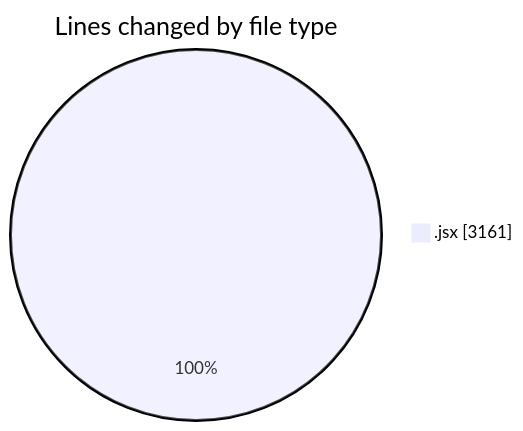
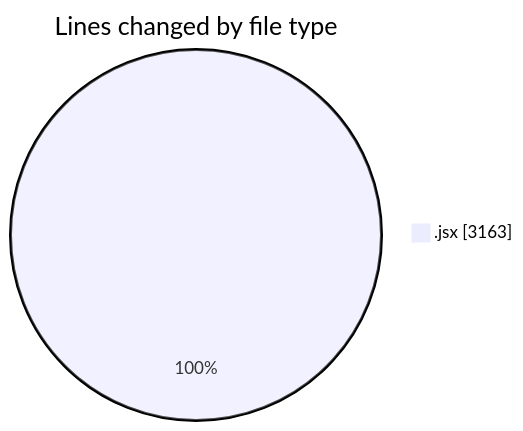
One commit to nxtqubesakshisongat/code-tracking changed the first of 2 diagrams in 2026-01-13/nxtqube_webapp/README.md. Above: the diagram before and after it, drawn with Mermaid. The commit also changed other lines of this file and 1 other file, not shown here.

````diff
--- a/2026-01-13/nxtqube_webapp/README.md
+++ b/2026-01-13/nxtqube_webapp/README.md
@@ -22,5 +22,5 @@
 ```mermaid
 pie showData
 title Lines changed by file type
-".jsx" : 3161
+".jsx" : 3163
 ```
````
